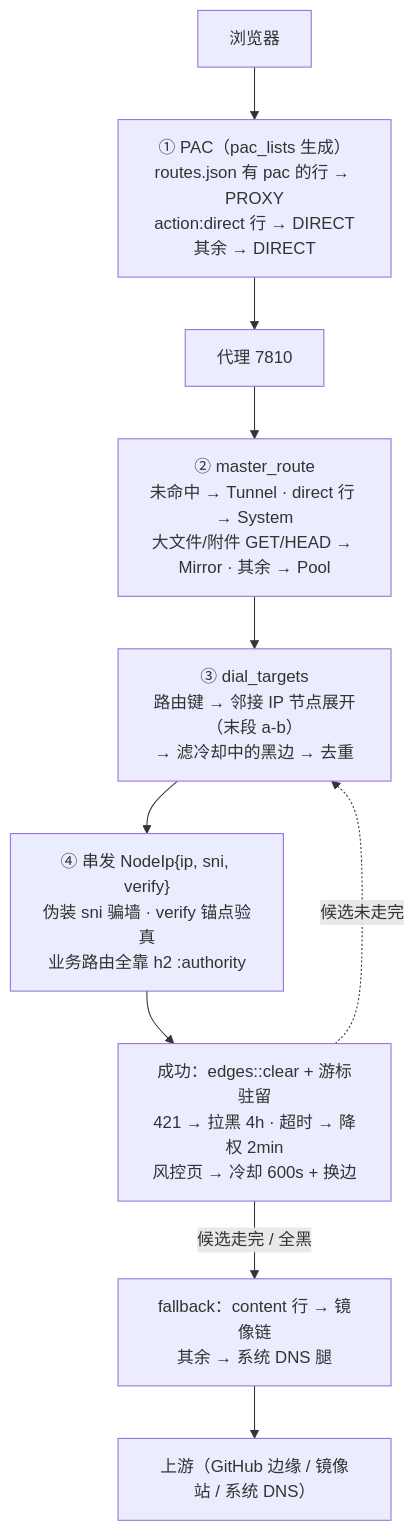
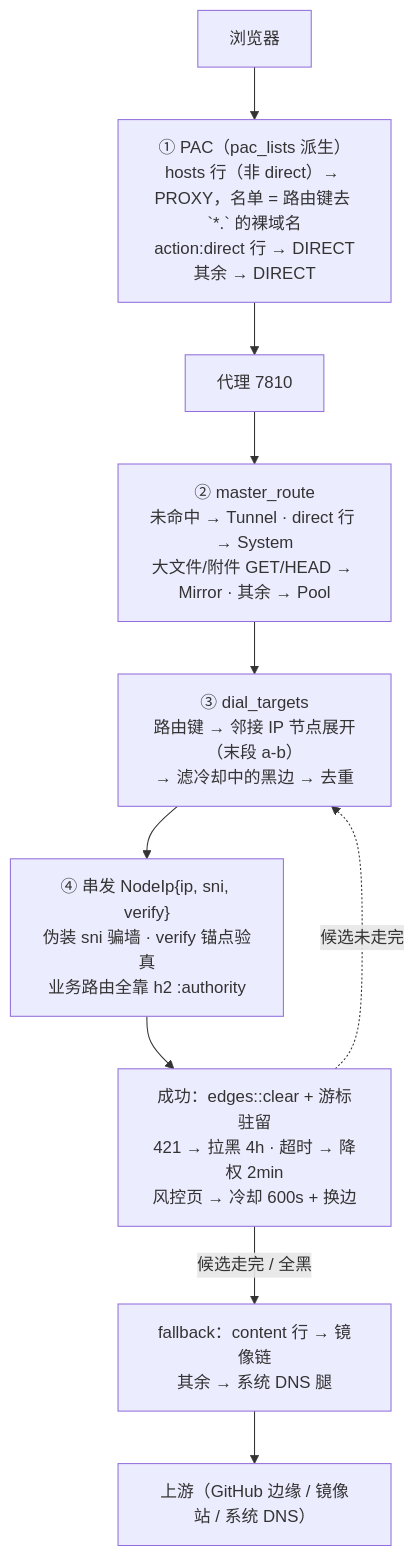
Before and after one commit to zhidian-cmd/gitport-github: the diagram in docs/ROUTING.md, drawn with Mermaid. The commit also changed other lines of this file and 4 other files, not shown here.

````diff
--- a/docs/ROUTING.md
+++ b/docs/ROUTING.md
@@ -8,12 +8,12 @@
 ```mermaid
 flowchart TD
-    B["浏览器"] --> L1["① PAC（pac_lists 生成）<br/>routes.json 有 pac 的行 → PROXY<br/>action:direct 行 → DIRECT<br/>其余 → DIRECT"]
+    B["浏览器"] --> L1["① PAC（pac_lists 派生）<br/>hosts 行（非 direct）→ PROXY，名单 = 路由键去 `*.` 的裸域名<br/>action:direct 行 → DIRECT<br/>其余 → DIRECT"]
     L1 --> P["代理 7810"]
     P --> L2["② master_route<br/>未命中 → Tunnel · direct 行 → System<br/>大文件/附件 GET/HEAD → Mirror · 其余 → Pool"]
     L2 --> L3["③ dial_targets<br/>路由键 → 邻接 IP 节点展开（末段 a-b）<br/>→ 滤冷却中的黑边 → 去重"]
     L3 --> L4["④ 串发 NodeIp{ip, sni, verify}<br/>伪装 sni 骗墙 · verify 锚点验真<br/>业务路由全靠 h2 :authority"]
     L4 --> OUT["成功：edges::clear + 游标驻留<br/>421 → 拉黑 4h · 超时 → 降权 2min<br/>风控页 → 冷却 600s + 换边"]
     OUT -.->|"候选未走完"| L3
     OUT -->|"候选走完 / 全黑"| FB["fallback：content 行 → 镜像链<br/>其余 → 系统 DNS 腿"]
     FB --> UP["上游（GitHub 边缘 / 镜像站 / 系统 DNS）"]
 ```
````
